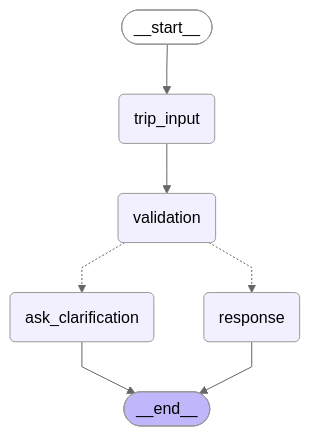
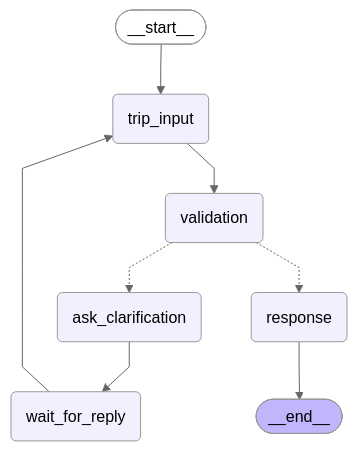
Before and after one commit to TharakaNisansala/AI-Travel-Assistant-Agent: the second of 2 diagrams in docs/trip_workflow_graph.md, drawn with Mermaid (neutral theme). The commit also changed other lines of this file and 1 other file, not shown here.

Commit message:
docs: regenerate trip workflow diagram with the clarification loop and memory

````diff
--- a/docs/trip_workflow_graph.md
+++ b/docs/trip_workflow_graph.md
@@ -13,23 +71,25 @@
 ```mermaid
 ---
 config:
   flowchart:
     curve: linear
 ---
 graph TD;
 	__start__([<p>__start__</p>]):::first
 	trip_input(trip_input)
 	validation(validation)
 	ask_clarification(ask_clarification)
 	response(response)
+	wait_for_reply(wait_for_reply)
 	__end__([<p>__end__</p>]):::last
 	__start__ --> trip_input;
+	ask_clarification --> wait_for_reply;
 	trip_input --> validation;
 	validation -.-> ask_clarification;
 	validation -.-> response;
-	ask_clarification --> __end__;
+	wait_for_reply --> trip_input;
 	response --> __end__;
 	classDef default fill:#f2f0ff,line-height:1.2
 	classDef first fill-opacity:0
 	classDef last fill:#bfb6fc
 ```
````
